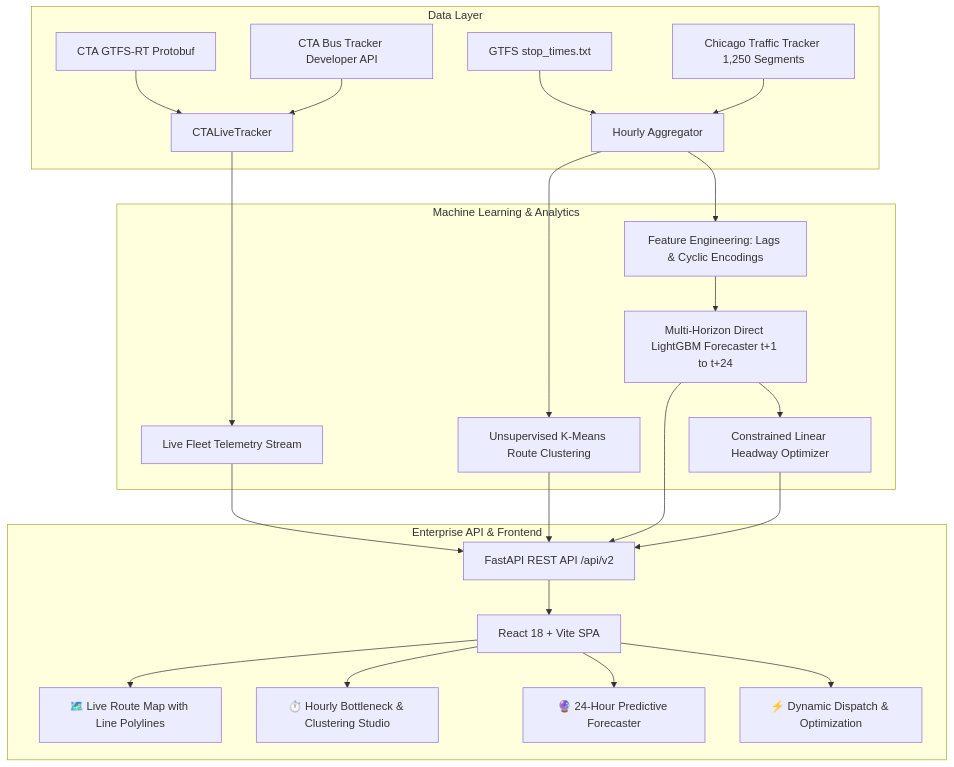
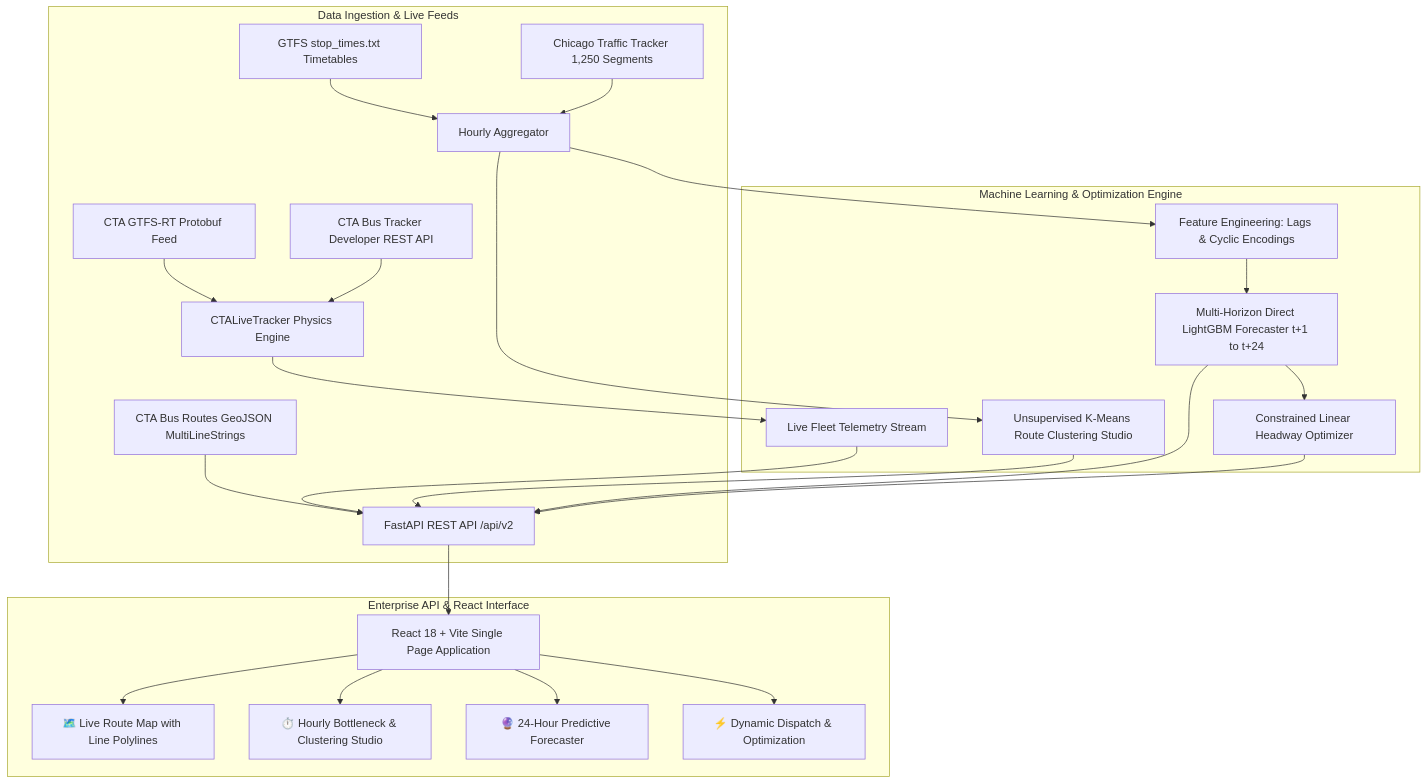
Before and after one commit to bidhu-patra-dev/Powered-Public-Transit-Route-Optimization: the diagram in README.md, drawn with Mermaid. The commit also changed other lines of this file, not shown here.

Commit message:
Update README with React 18 architecture, route table, and API quickstart

````diff
--- a/README.md
+++ b/README.md
@@ -7,29 +7,30 @@
 ```mermaid
 flowchart TD
-    subgraph Data Layer
-        A1[CTA GTFS-RT Protobuf] --> B1[CTALiveTracker]
-        A2[CTA Bus Tracker Developer API] --> B1
-        A3[GTFS stop_times.txt] --> B2[Hourly Aggregator]
+    subgraph Data Ingestion & Live Feeds
+        A1[CTA GTFS-RT Protobuf Feed] --> B1[CTALiveTracker Physics Engine]
+        A2[CTA Bus Tracker Developer REST API] --> B1
+        A3[GTFS stop_times.txt Timetables] --> B2[Hourly Aggregator]
         A4[Chicago Traffic Tracker 1,250 Segments] --> B2
+        A5[CTA Bus Routes GeoJSON MultiLineStrings] --> E1[FastAPI REST API /api/v2]
     end
 
-    subgraph Machine Learning & Analytics
+    subgraph Machine Learning & Optimization Engine
         B1 --> C1[Live Fleet Telemetry Stream]
-        B2 --> C2[Unsupervised K-Means Route Clustering]
+        B2 --> C2[Unsupervised K-Means Route Clustering Studio]
         B2 --> C3[Feature Engineering: Lags & Cyclic Encodings]
         C3 --> D1[Multi-Horizon Direct LightGBM Forecaster t+1 to t+24]
         D1 --> D2[Constrained Linear Headway Optimizer]
     end
 
-    subgraph Enterprise API & Frontend
-        C1 --> E1[FastAPI REST API /api/v2]
+    subgraph Enterprise API & React Interface
+        C1 --> E1
         C2 --> E1
         D1 --> E1
         D2 --> E1
-        E1 --> F1[React 18 + Vite SPA]
+        E1 --> F1[React 18 + Vite Single Page Application]
         F1 --> G1[🗺️ Live Route Map with Line Polylines]
         F1 --> G2[⏱️ Hourly Bottleneck & Clustering Studio]
         F1 --> G3[🔮 24-Hour Predictive Forecaster]
         F1 --> G4[⚡ Dynamic Dispatch & Optimization]
     end
 ```
````
